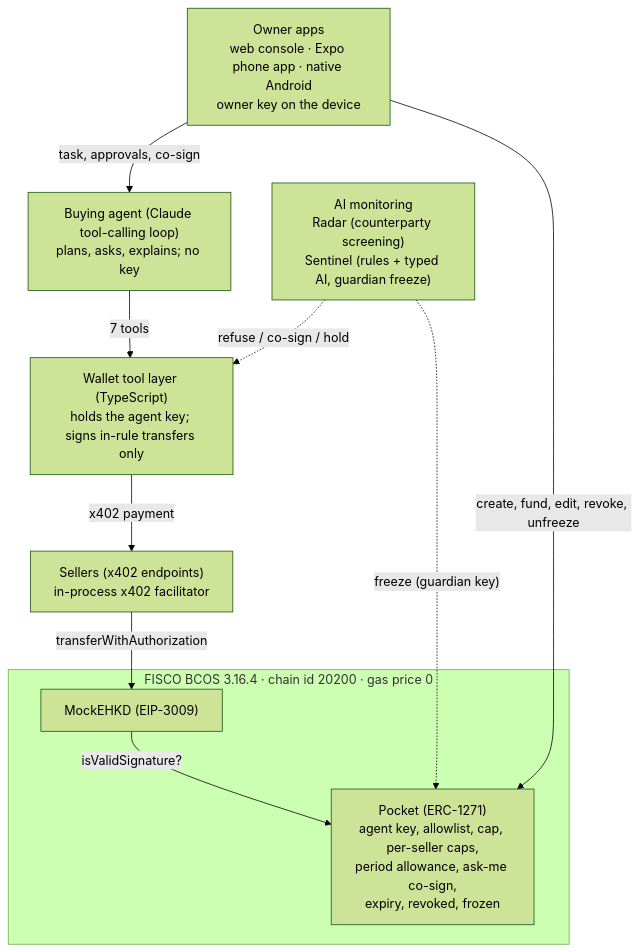
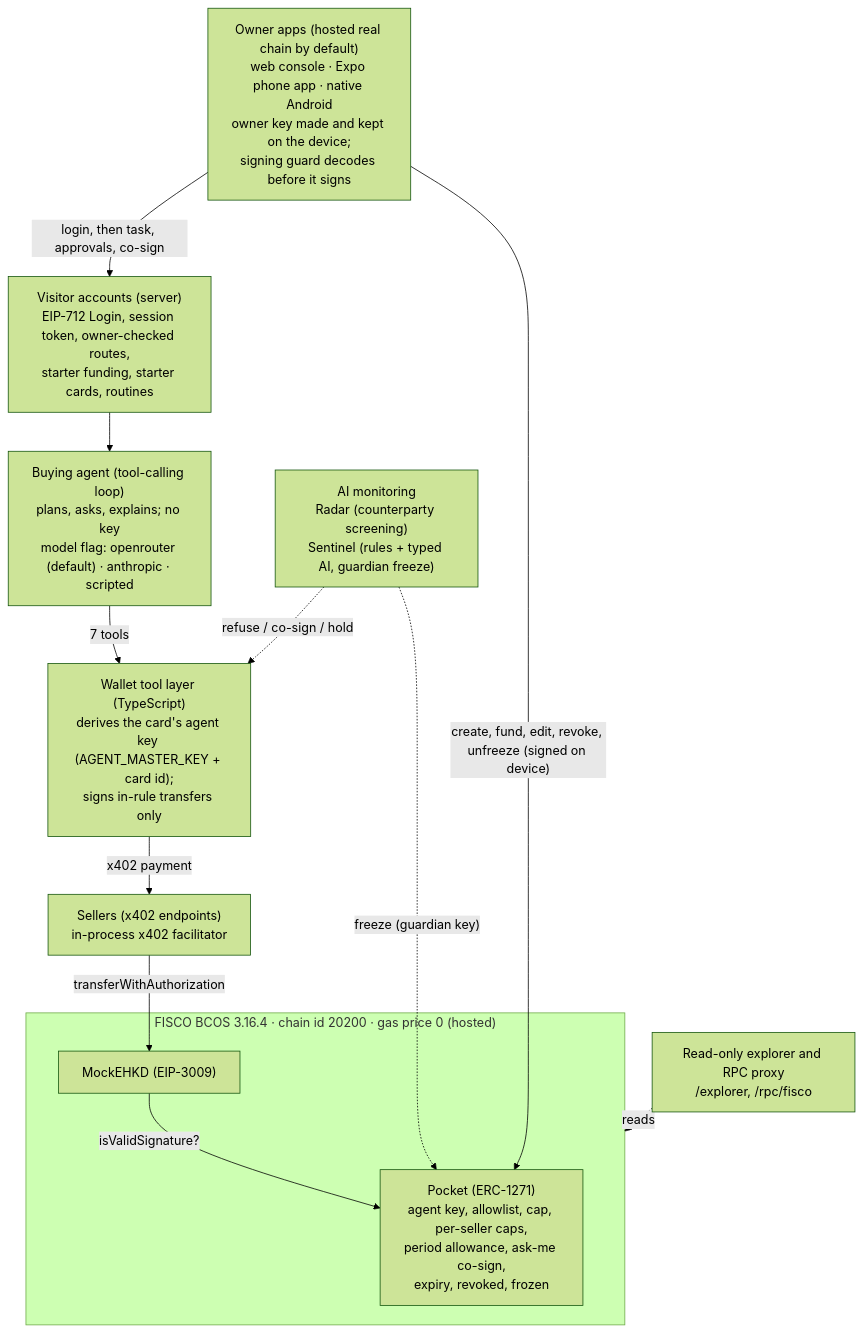
Before and after one commit to ixgnoy/ChainBrain: the diagram in docs/09-technical-reference/01-overview-and-architecture.md, drawn with Mermaid (forest theme). The commit also changed other lines of this file and 3 other files, not shown here.

````diff
--- a/docs/09-technical-reference/01-overview-and-architecture.md
+++ b/docs/09-technical-reference/01-overview-and-architecture.md
@@ -21,20 +25,24 @@
 ```mermaid
 flowchart TB
-    Owner["Owner apps<br/>web console · Expo phone app · native Android<br/>owner key on the device"]
-    Agent["Buying agent (Claude tool-calling loop)<br/>plans, asks, explains; no key"]
-    Tools["Wallet tool layer (TypeScript)<br/>holds the agent key; signs in-rule transfers only"]
+    Owner["Owner apps (hosted real chain by default)<br/>web console · Expo phone app · native Android<br/>owner key made and kept on the device;<br/>signing guard decodes before it signs"]
+    Visitors["Visitor accounts (server)<br/>EIP-712 Login, session token, owner-checked routes,<br/>starter funding, starter cards, routines"]
+    Agent["Buying agent (tool-calling loop)<br/>plans, asks, explains; no key<br/>model flag: openrouter (default) · anthropic · scripted"]
+    Tools["Wallet tool layer (TypeScript)<br/>derives the card's agent key (AGENT_MASTER_KEY + card id);<br/>signs in-rule transfers only"]
     Monitor["AI monitoring<br/>Radar (counterparty screening)<br/>Sentinel (rules + typed AI, guardian freeze)"]
     Sellers["Sellers (x402 endpoints)<br/>in-process x402 facilitator"]
-    subgraph Chain["FISCO BCOS 3.16.4 · chain id 20200 · gas price 0"]
+    Explorer["Read-only explorer and RPC proxy<br/>/explorer, /rpc/fisco"]
+    subgraph Chain["FISCO BCOS 3.16.4 · chain id 20200 · gas price 0 (hosted)"]
         Pocket["Pocket (ERC-1271)<br/>agent key, allowlist, cap, per-seller caps,<br/>period allowance, ask-me co-sign,<br/>expiry, revoked, frozen"]
         Token["MockEHKD (EIP-3009)"]
     end
-    Owner -- "task, approvals, co-sign" --> Agent
+    Owner -- "login, then task, approvals, co-sign" --> Visitors
+    Visitors --> Agent
     Agent -- "7 tools" --> Tools
     Monitor -. "refuse / co-sign / hold" .-> Tools
     Monitor -. "freeze (guardian key)" .-> Pocket
     Tools -- "x402 payment" --> Sellers
     Sellers -- "transferWithAuthorization" --> Token
     Token -- "isValidSignature?" --> Pocket
-    Owner -- "create, fund, edit, revoke, unfreeze" --> Pocket
+    Owner -- "create, fund, edit, revoke, unfreeze (signed on device)" --> Pocket
+    Explorer -. "reads" .-> Chain
 ```
````
